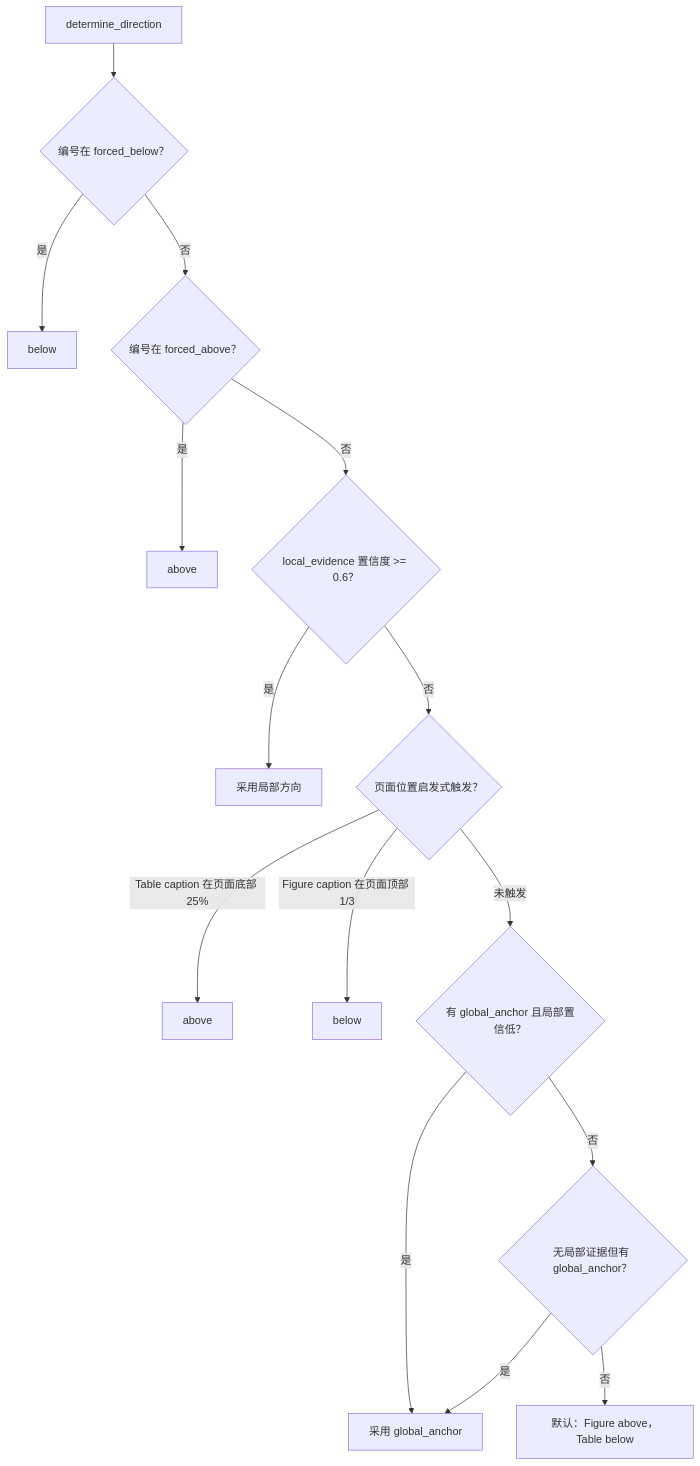
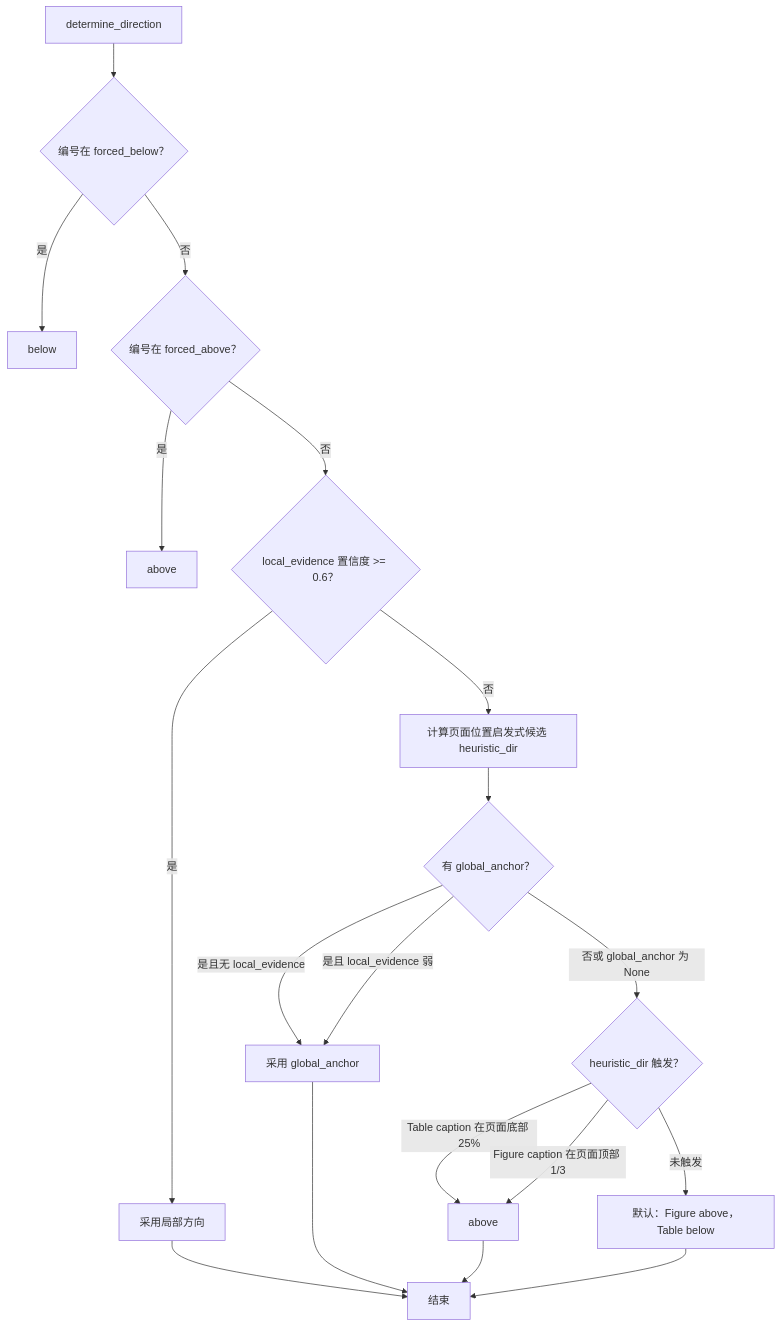
The sixth of 19 diagrams in docs/PDF图表提取流程逻辑说明-20260621.md (wangminle/skills-pdf-markdown-summary), drawn with Mermaid before and after one commit. The commit also changed other lines of this file and 36 other files, not shown here.

````diff
--- a/docs/PDF图表提取流程逻辑说明-20260621.md
+++ b/docs/PDF图表提取流程逻辑说明-20260621.md
@@ -180,17 +184,21 @@
 ```mermaid
 flowchart TD
     A["determine_direction"] --> B{"编号在 forced_below？"}
     B -->|是| C["below"]
     B -->|否| D{"编号在 forced_above？"}
     D -->|是| E["above"]
     D -->|否| F{"local_evidence 置信度 >= 0.6？"}
     F -->|是| G["采用局部方向"]
-    F -->|否| H{"页面位置启发式触发？"}
-    H -->|Table caption 在页面底部 25%| I["above"]
-    H -->|Figure caption 在页面顶部 1/3| J["below"]
-    H -->|未触发| K{"有 global_anchor 且局部置信低？"}
-    K -->|是| L["采用 global_anchor"]
-    K -->|否| M{"无局部证据但有 global_anchor？"}
-    M -->|是| L
-    M -->|否| N["默认：Figure above，Table below"]
+    F -->|否| H["计算页面位置启发式候选 heuristic_dir"]
+    H --> I{"有 global_anchor？"}
+    I -->|是且无 local_evidence| L["采用 global_anchor"]
+    I -->|是且 local_evidence 弱| L
+    I -->|否或 global_anchor 为 None| J{"heuristic_dir 触发？"}
+    J -->|Table caption 在页面底部 25%| I2["above"]
+    J -->|Figure caption 在页面顶部 1/3| I2
+    J -->|未触发| N["默认：Figure above，Table below"]
+    L --> M["结束"]
+    I2 --> M
+    G --> M
+    N --> M
 ```
````
